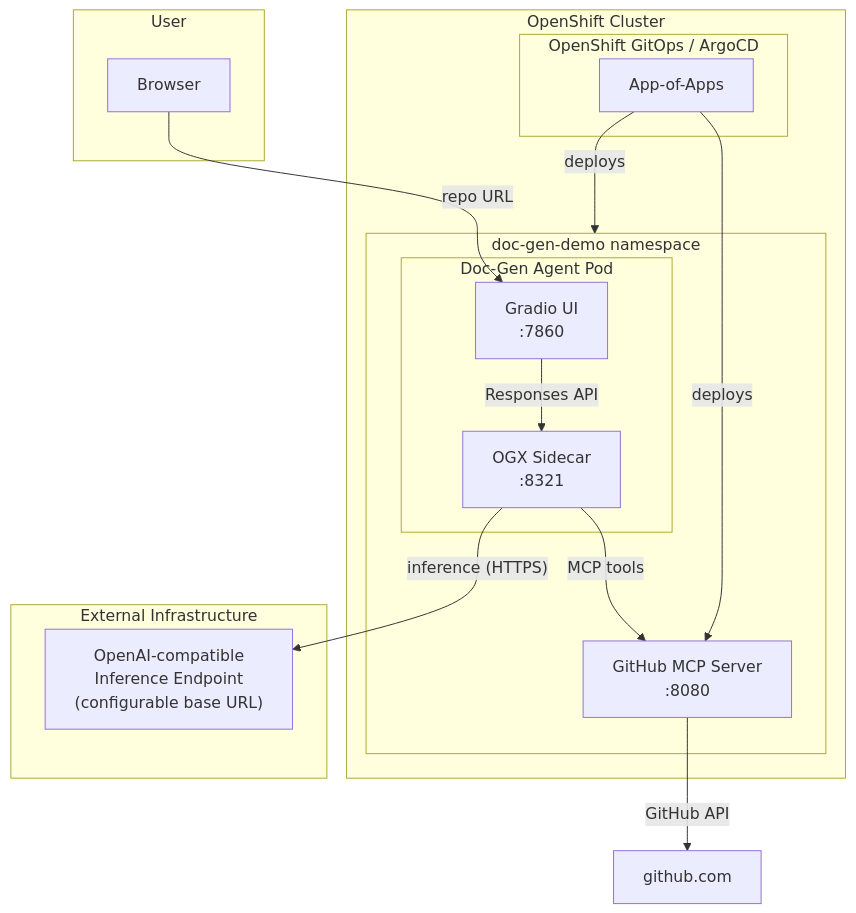
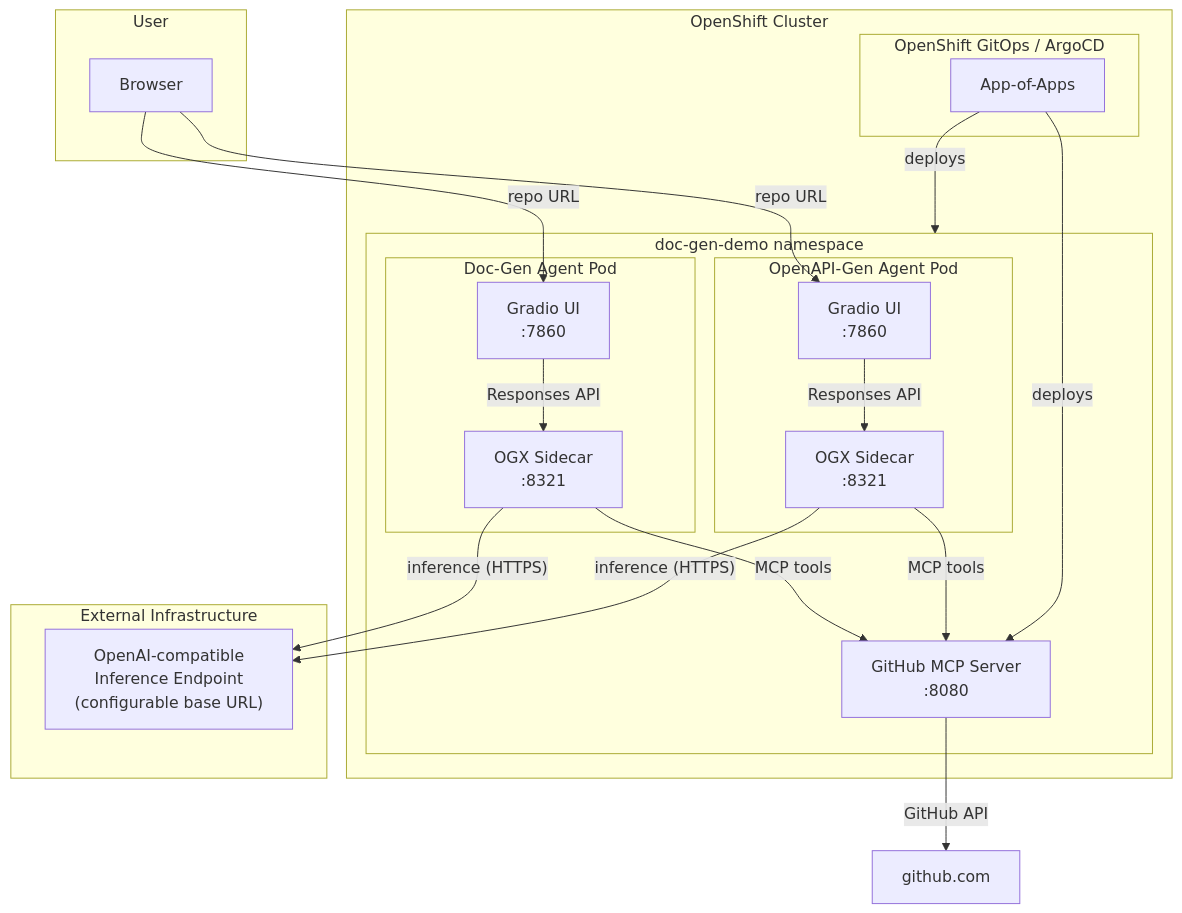
One commit to matteo-grimaldi/agentic-doc-generation changed the first of 2 diagrams in README.md. Above: the diagram before and after it, drawn with Mermaid. The commit also changed other lines of this file and 20 other files, not shown here.

````diff
--- a/README.md
+++ b/README.md
@@ -20,32 +28,40 @@
 ```mermaid
 flowchart TB
     subgraph user [User]
         Browser
     end
 
     subgraph ocp [OpenShift Cluster]
         subgraph gitops [OpenShift GitOps / ArgoCD]
             AppOfApps["App-of-Apps"]
         end
 
         subgraph demo_ns [doc-gen-demo namespace]
-            subgraph agent_pod [Doc-Gen Agent Pod]
-                Gradio["Gradio UI\n:7860"]
-                OGX["OGX Sidecar\n:8321"]
+            subgraph doc_pod [Doc-Gen Agent Pod]
+                DocGradio["Gradio UI\n:7860"]
+                DocOGX["OGX Sidecar\n:8321"]
+            end
+            subgraph api_pod [OpenAPI-Gen Agent Pod]
+                ApiGradio["Gradio UI\n:7860"]
+                ApiOGX["OGX Sidecar\n:8321"]
             end
             GitHubMCP["GitHub MCP Server\n:8080"]
         end
     end
 
     subgraph external [External Infrastructure]
         InferenceEndpoint["OpenAI-compatible\nInference Endpoint\n(configurable base URL)"]
     end
 
-    Browser -->|"repo URL"| Gradio
-    Gradio -->|"Responses API"| OGX
-    OGX -->|"MCP tools"| GitHubMCP
-    OGX -->|"inference (HTTPS)"| InferenceEndpoint
+    Browser -->|"repo URL"| DocGradio
+    Browser -->|"repo URL"| ApiGradio
+    DocGradio -->|"Responses API"| DocOGX
+    ApiGradio -->|"Responses API"| ApiOGX
+    DocOGX -->|"MCP tools"| GitHubMCP
+    ApiOGX -->|"MCP tools"| GitHubMCP
+    DocOGX -->|"inference (HTTPS)"| InferenceEndpoint
+    ApiOGX -->|"inference (HTTPS)"| InferenceEndpoint
     GitHubMCP -->|"GitHub API"| GitHub["github.com"]
     AppOfApps -->|deploys| GitHubMCP
     AppOfApps -->|deploys| demo_ns
 ```
````
